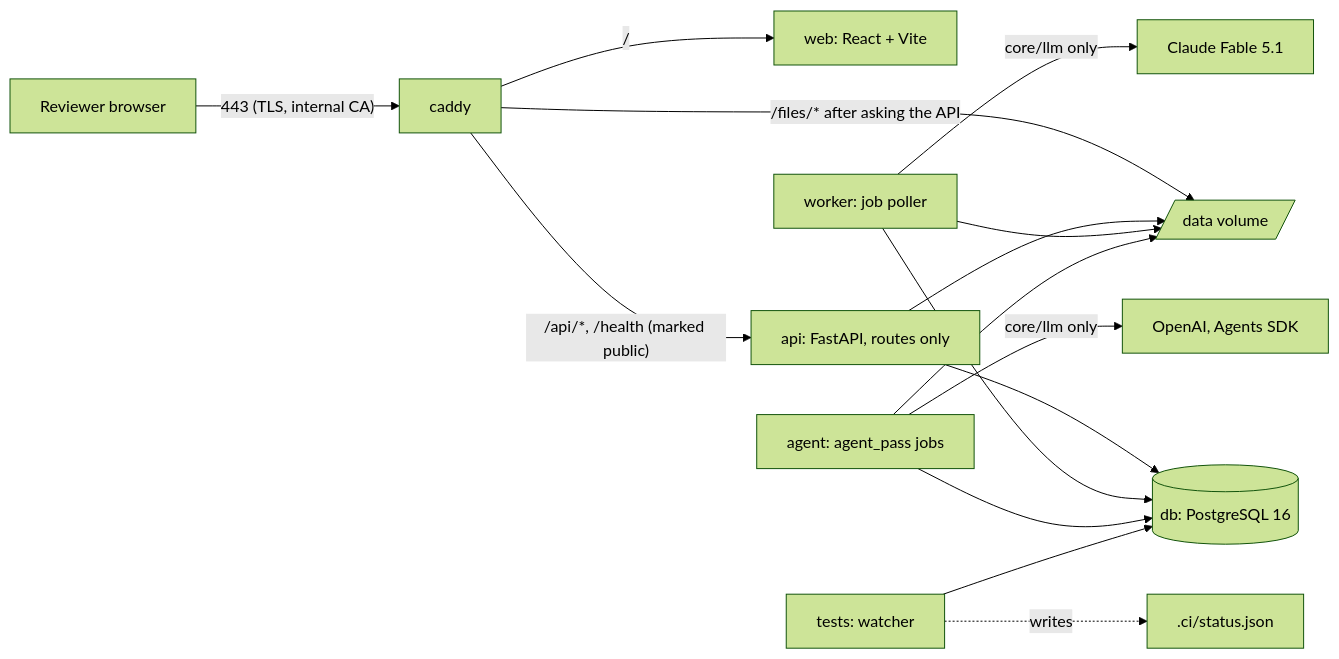
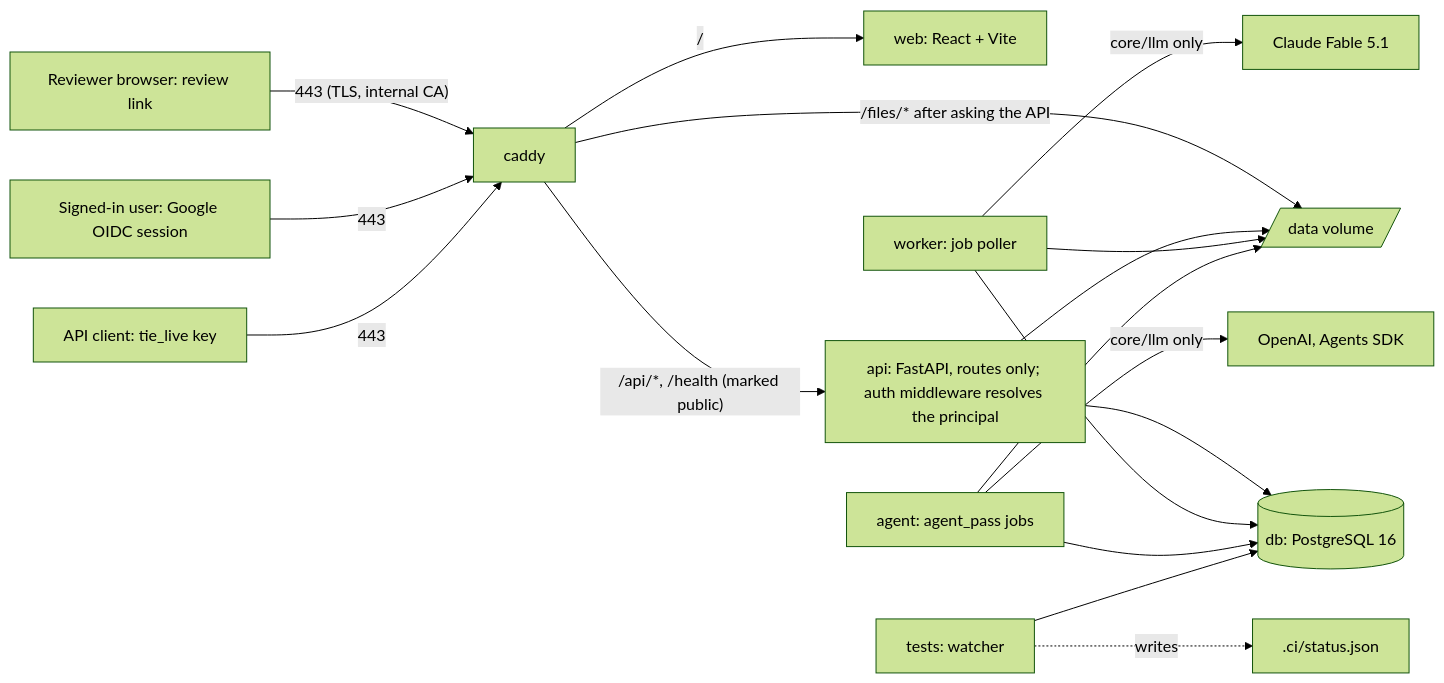
One commit to Ergplan/tender_engine changed the first of 2 diagrams in docs/ARCHITECTURE.md. Above: the diagram before and after it, drawn with Mermaid (forest theme). The commit also changed other lines of this file and 113 other files, not shown here.

````diff
--- a/docs/ARCHITECTURE.md
+++ b/docs/ARCHITECTURE.md
@@ -7,17 +7,19 @@
 ```mermaid
 flowchart LR
-  R[Reviewer browser] -- "443 (TLS, internal CA)" --> C[caddy]
+  R[Reviewer browser: review link] -- "443 (TLS, internal CA)" --> C[caddy]
+  U[Signed-in user: Google OIDC session] -- 443 --> C
+  P[API client: tie_live key] -- 443 --> C
   C -- "/" --> W[web: React + Vite]
-  C -- "/api/*, /health (marked public)" --> A[api: FastAPI, routes only]
+  C -- "/api/*, /health (marked public)" --> A[api: FastAPI, routes only; auth middleware resolves the principal]
   C -- "/files/* after asking the API" --> V
   A --> D[(db: PostgreSQL 16)]
   K[worker: job poller] --> D
   A --> V[/data volume/]
   K --> V
   K -- "core/llm only" --> L[Claude Fable 5.1]
   G[agent: agent_pass jobs] --> D
   G --> V
   G -- "core/llm only" --> O[OpenAI, Agents SDK]
   T[tests: watcher] --> D
   T -. writes .-> S[.ci/status.json]
 ```
````
